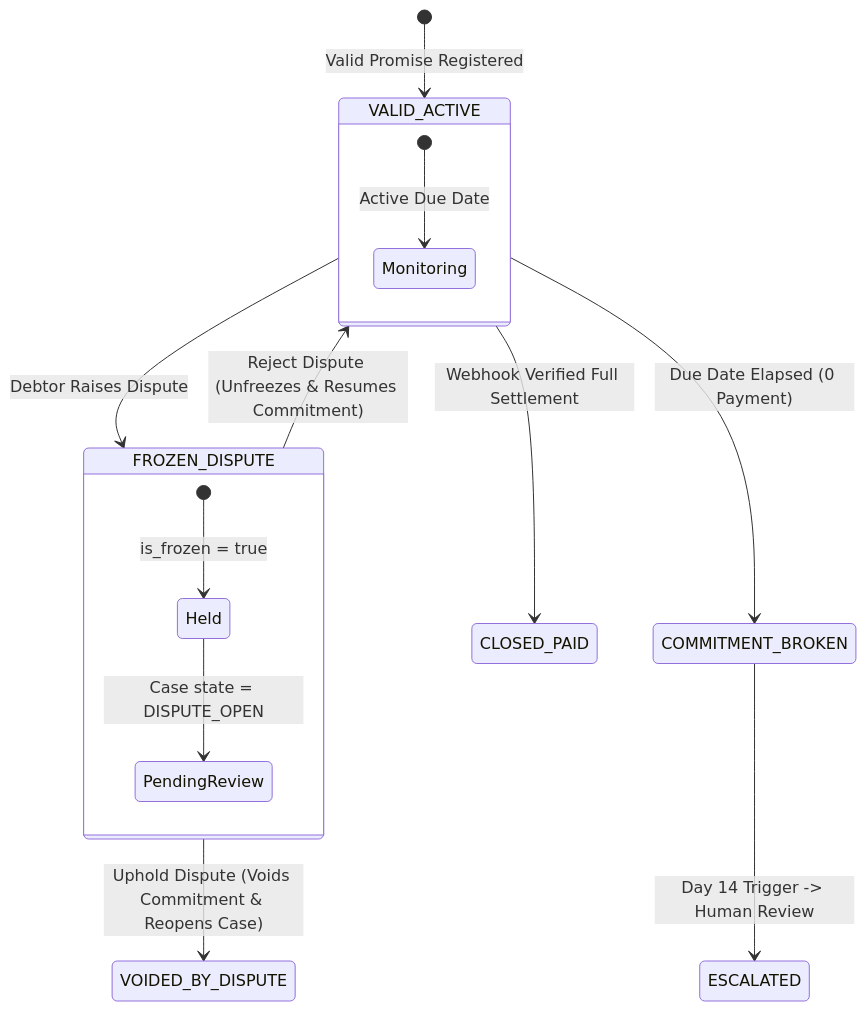
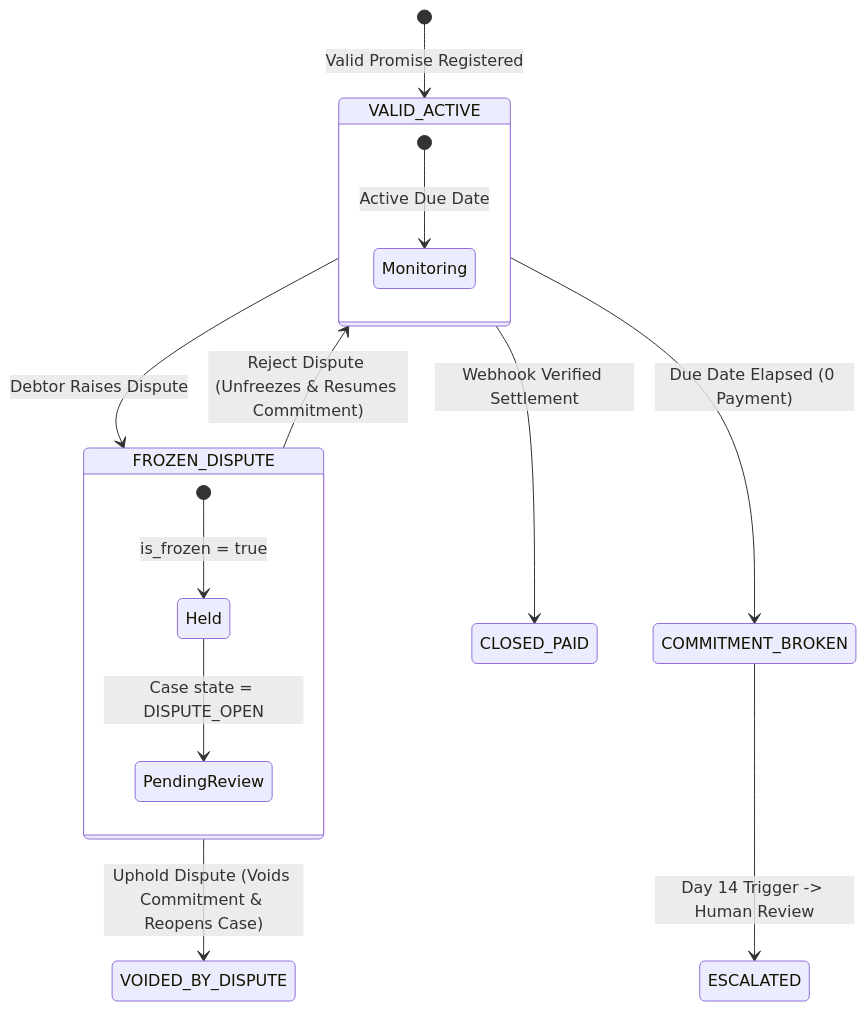
One commit to Dakshx07/Recoup changed the second of 2 diagrams in README.md. Above: the diagram before and after it, drawn with Mermaid. The commit also changed other lines of this file and 14 other files, not shown here.

````diff
--- a/README.md
+++ b/README.md
@@ -95,22 +125,22 @@
 ```mermaid
 stateDiagram-v2
     [*] --> VALID_ACTIVE: Valid Promise Registered
 
     state VALID_ACTIVE {
         [*] --> Monitoring: Active Due Date
     }
 
     VALID_ACTIVE --> FROZEN_DISPUTE: Debtor Raises Dispute
     
     state FROZEN_DISPUTE {
         [*] --> Held: is_frozen = true
         Held --> PendingReview: Case state = DISPUTE_OPEN
     }
 
     FROZEN_DISPUTE --> VALID_ACTIVE: Reject Dispute (Unfreezes & Resumes Commitment)
     FROZEN_DISPUTE --> VOIDED_BY_DISPUTE: Uphold Dispute (Voids Commitment & Reopens Case)
 
-    VALID_ACTIVE --> CLOSED_PAID: Webhook Verified Full Settlement
+    VALID_ACTIVE --> CLOSED_PAID: Webhook Verified Settlement
     VALID_ACTIVE --> COMMITMENT_BROKEN: Due Date Elapsed (0 Payment)
     COMMITMENT_BROKEN --> ESCALATED: Day 14 Trigger -> Human Review
 ```
````
